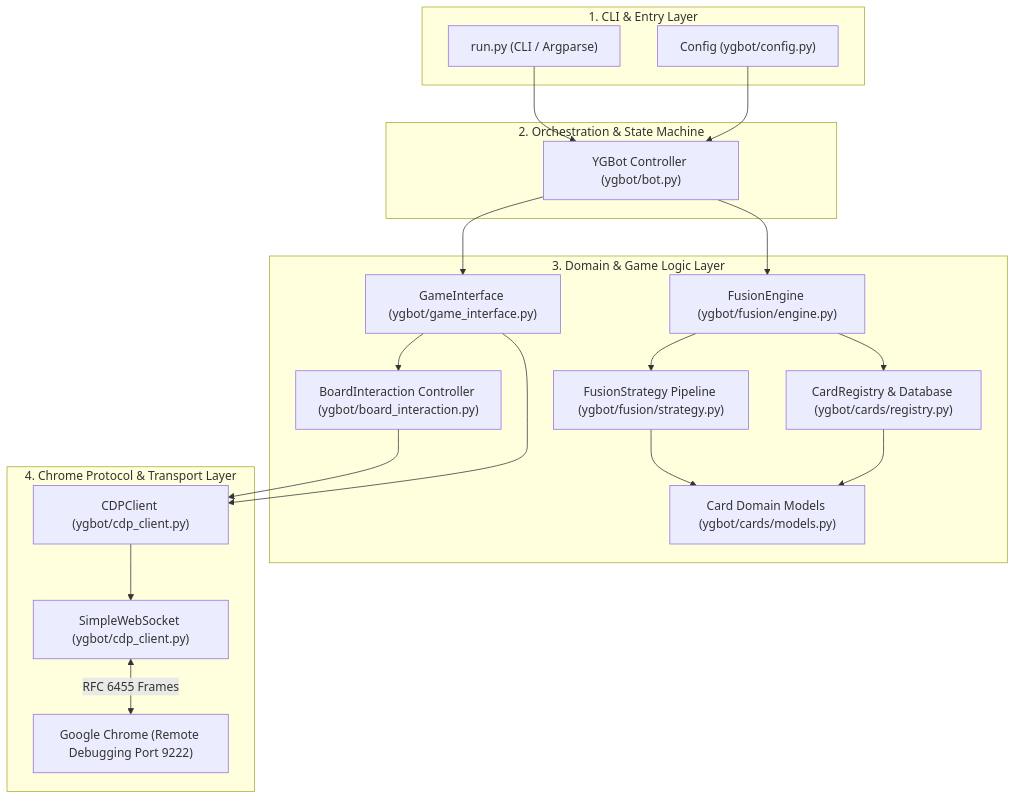
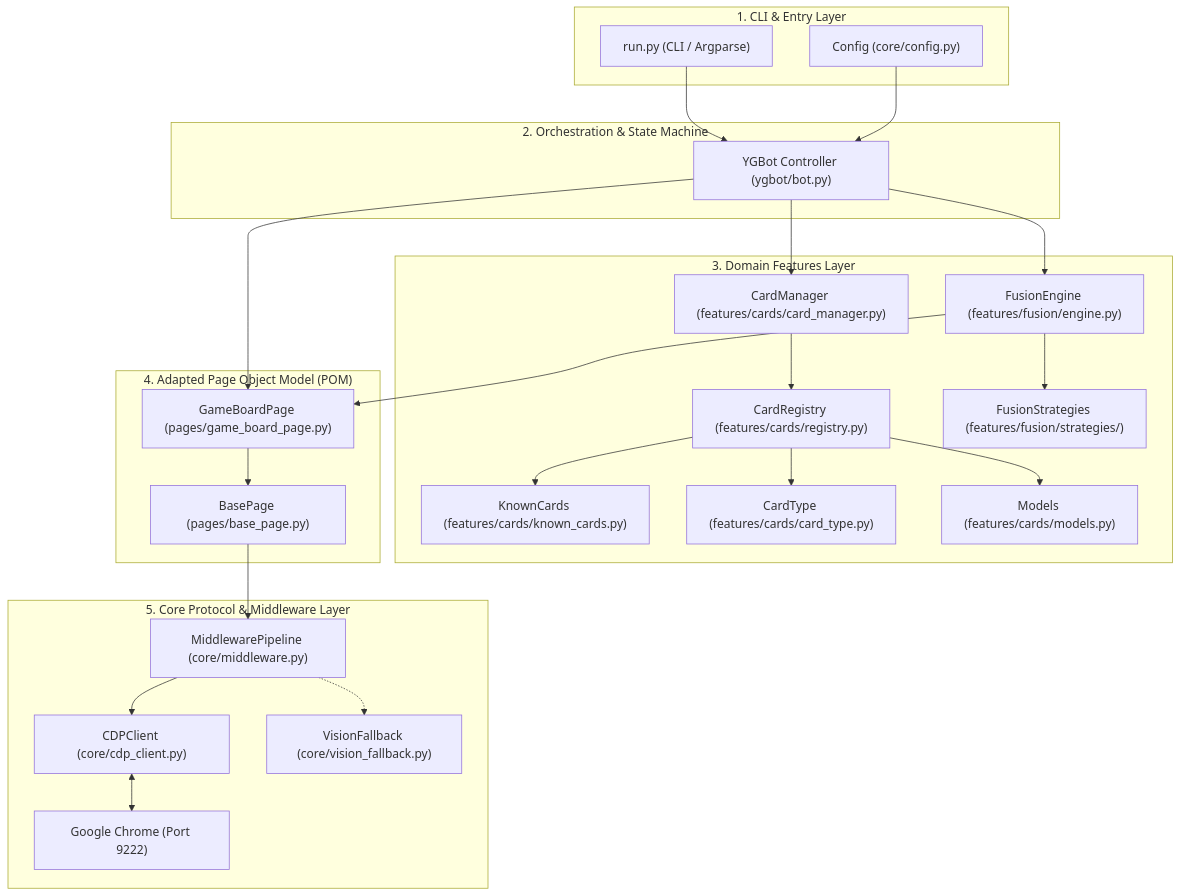
Before and after one commit to paulowinw/ygofm_bot: the first of 3 diagrams in CODE_ARCHITECTURE.md, drawn with Mermaid. The commit also changed other lines of this file and 93 other files, not shown here.

Commit message:
Refactoring the project structure to use Adapted Page Object Model as the main architecture

````diff
--- a/CODE_ARCHITECTURE.md
+++ b/CODE_ARCHITECTURE.md
@@ -13,40 +53,50 @@
 ```mermaid
 flowchart TD
     subgraph Presentation["1. CLI & Entry Layer"]
         CLI["run.py (CLI / Argparse)"]
-        CFG["Config (ygbot/config.py)"]
+        CFG["Config (core/config.py)"]
     end
 
     subgraph Orchestration["2. Orchestration & State Machine"]
         BOT["YGBot Controller (ygbot/bot.py)"]
     end
 
-    subgraph Domain["3. Domain & Game Logic Layer"]
-        GI["GameInterface (ygbot/game_interface.py)"]
-        BI["BoardInteraction Controller (ygbot/board_interaction.py)"]
-        FE["FusionEngine (ygbot/fusion/engine.py)"]
-        FS["FusionStrategy Pipeline (ygbot/fusion/strategy.py)"]
-        CR["CardRegistry & Database (ygbot/cards/registry.py)"]
-        CM["Card Domain Models (ygbot/cards/models.py)"]
+    subgraph Domain["3. Domain Features Layer"]
+        CM["CardManager (features/cards/card_manager.py)"]
+        CR["CardRegistry (features/cards/registry.py)"]
+        KC["KnownCards (features/cards/known_cards.py)"]
+        CT["CardType (features/cards/card_type.py)"]
+        MD["Models (features/cards/models.py)"]
+        FE["FusionEngine (features/fusion/engine.py)"]
+        FS["FusionStrategies (features/fusion/strategies/)"]
     end
 
-    subgraph Communication["4. Chrome Protocol & Transport Layer"]
-        CDP["CDPClient (ygbot/cdp_client.py)"]
-        WS["SimpleWebSocket (ygbot/cdp_client.py)"]
-        Browser["Google Chrome (Remote Debugging Port 9222)"]
+    subgraph POM["4. Adapted Page Object Model (POM)"]
+        GBP["GameBoardPage (pages/game_board_page.py)"]
+        BP["BasePage (pages/base_page.py)"]
+    end
+
+    subgraph Core["5. Core Protocol & Middleware Layer"]
+        MW["MiddlewarePipeline (core/middleware.py)"]
+        CDP["CDPClient (core/cdp_client.py)"]
+        VF["VisionFallback (core/vision_fallback.py)"]
+        Browser["Google Chrome (Port 9222)"]
     end
 
     CLI --> BOT
     CFG --> BOT
-    BOT --> GI
+    BOT --> GBP
+    BOT --> CM
     BOT --> FE
-    GI --> BI
-    BI --> CDP
-    FE --> CR
     FE --> FS
-    FS --> CM
-    CR --> CM
-    GI --> CDP
-    CDP --> WS
-    WS <-->|RFC 6455 Frames| Browser
+    FE --> GBP
+    CM --> CR
+    CR --> KC
+    CR --> CT
+    CR --> MD
+    GBP --> BP
+    BP --> MW
+    MW --> CDP
+    MW -.-> VF
+    CDP <--> Browser
 ```
````
